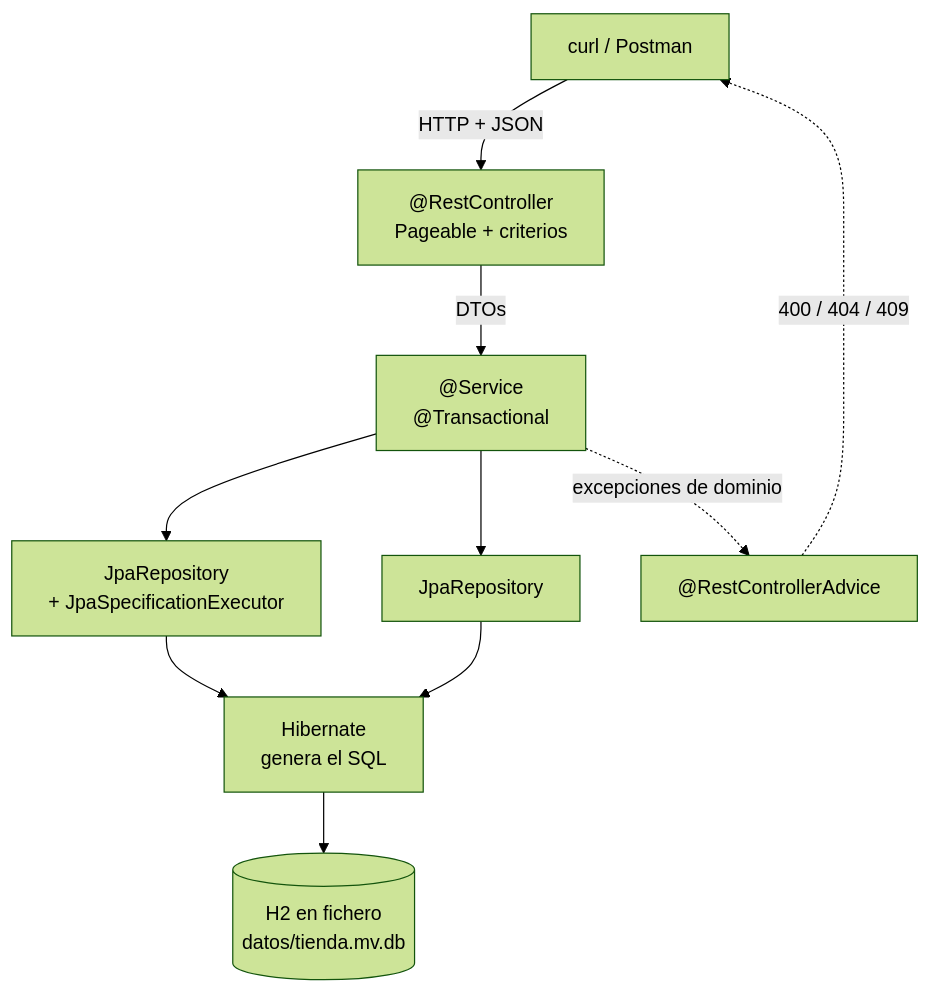
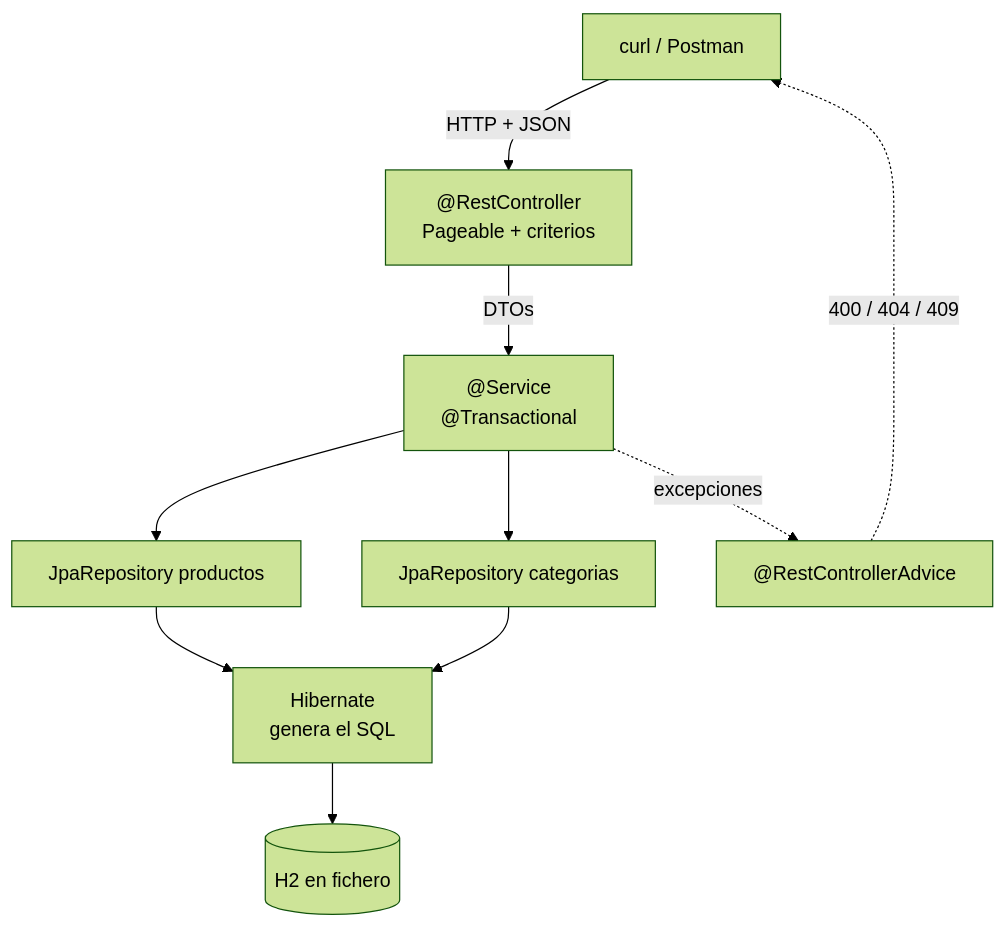
One commit to campusdevfp/dwes2627 changed the diagram in docs/ut5/04-proyectos.md. Above: the diagram before and after it, drawn with Mermaid (forest theme). The commit also changed other lines of this file and 22 other files, not shown here.

````diff
--- a/docs/ut5/04-proyectos.md
+++ b/docs/ut5/04-proyectos.md
@@ -1197,12 +1255,12 @@
 ```mermaid
 flowchart TB
     Cliente["curl / Postman"] -->|HTTP + JSON| C["@RestController<br/>Pageable + criterios"]
     C -->|DTOs| S["@Service<br/>@Transactional"]
-    S --> R1["JpaRepository<br/>+ JpaSpecificationExecutor"]
-    S --> R2["JpaRepository"]
+    S --> R1["JpaRepository productos"]
+    S --> R2["JpaRepository categorias"]
     R1 --> H["Hibernate<br/>genera el SQL"]
     R2 --> H
-    H --> BD[("H2 en fichero<br/>datos/tienda.mv.db")]
-    S -.->|excepciones de dominio| G["@RestControllerAdvice"]
+    H --> BD[("H2 en fichero")]
+    S -.->|excepciones| G["@RestControllerAdvice"]
     G -.->|400 / 404 / 409| Cliente
 ```
````
